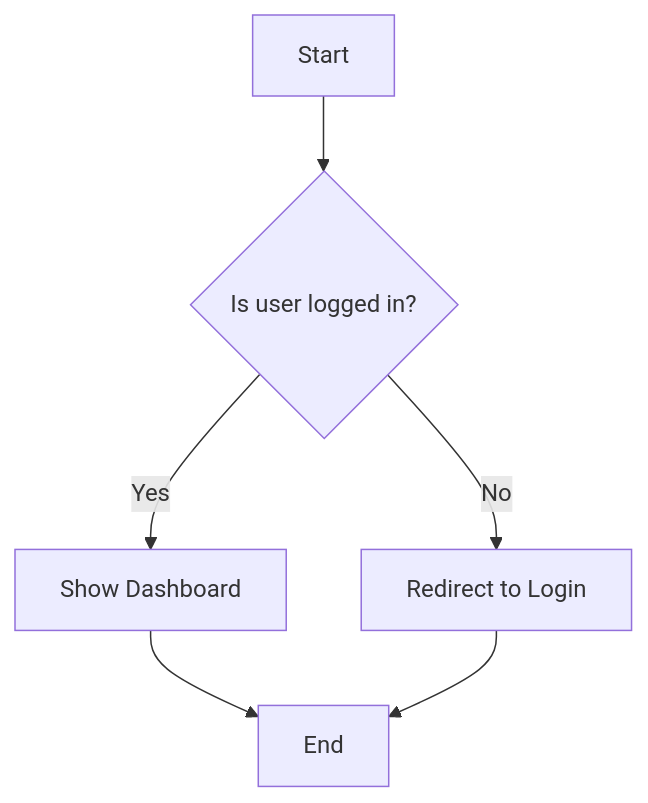
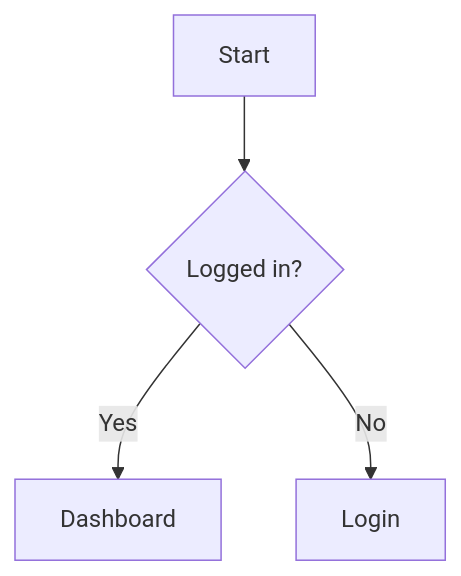
Before and after one commit to oboukhris-palo/training-day-3: the first of 5 diagrams in project-template/.github/guides/diagram-usage.guide.md, drawn with Mermaid. The commit also changed other lines of this file and 17 other files, not shown here.

````diff
--- a/project-template/.github/guides/diagram-usage.guide.md
+++ b/project-template/.github/guides/diagram-usage.guide.md
@@ -218,8 +19,6 @@
 ```mermaid
 flowchart TD
-    A[Start] --> B{Is user logged in?}
-    B -->|Yes| C[Show Dashboard]
-    B -->|No| D[Redirect to Login]
-    C --> E[End]
-    D --> E
+    A[Start] --> B{Logged in?}
+    B -->|Yes| C[Dashboard]
+    B -->|No| D[Login]
 ```
````
